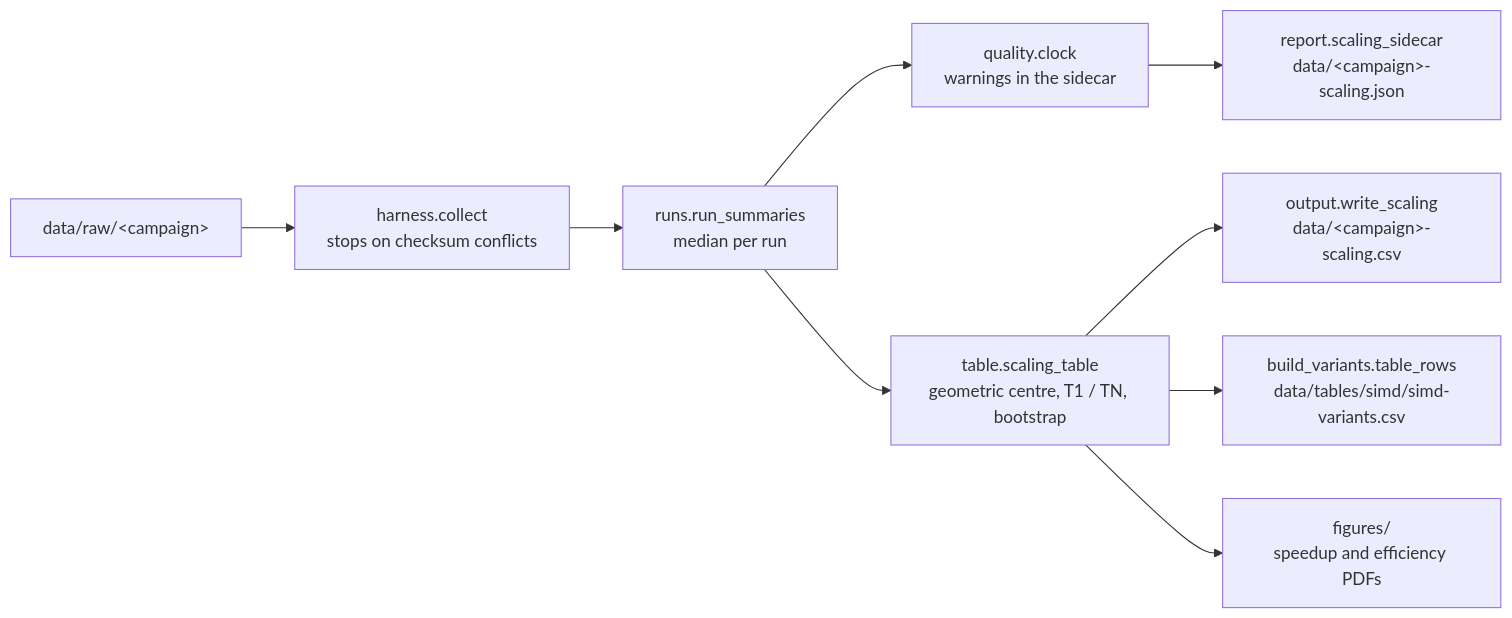
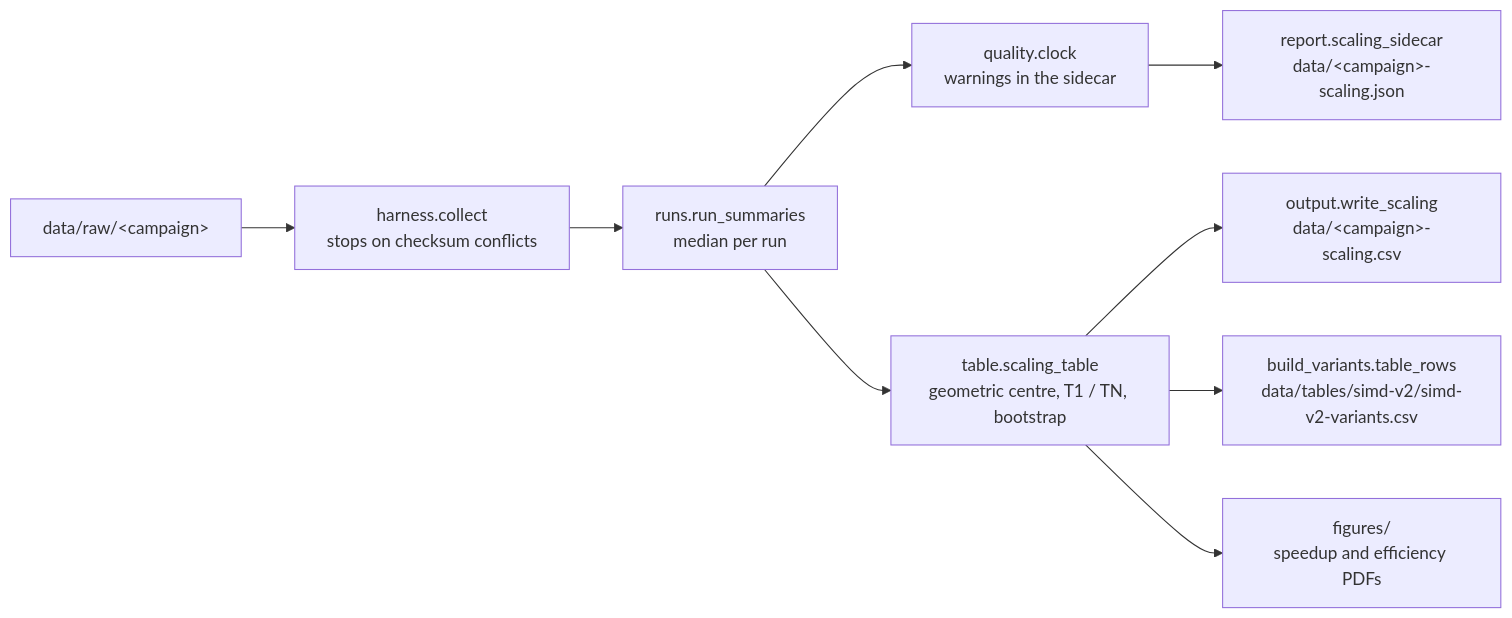
One commit to DavidCCoimbra/Scalability-of-Parallel-Code-in-WebAssembly-in-the-Browser-vs-Native changed the diagram in analysis/scaling/README.md. Above: the diagram before and after it, drawn with Mermaid. The commit also changed 29 other files, not shown here.

````diff
--- a/analysis/scaling/README.md
+++ b/analysis/scaling/README.md
@@ -47,11 +47,11 @@
 ```mermaid
 flowchart LR
     raw["data/raw/&lt;campaign&gt;"] --> collect["harness.collect<br/>stops on checksum conflicts"]
     collect --> runs["runs.run_summaries<br/>median per run"]
     runs --> clock["quality.clock<br/>warnings in the sidecar"]
     runs --> table["table.scaling_table<br/>geometric centre, T1 / TN, bootstrap"]
     table --> csv["output.write_scaling<br/>data/&lt;campaign&gt;-scaling.csv"]
     clock --> json["report.scaling_sidecar<br/>data/&lt;campaign&gt;-scaling.json"]
-    table --> variants["build_variants.table_rows<br/>data/tables/simd/simd-variants.csv"]
+    table --> variants["build_variants.table_rows<br/>data/tables/simd-v2/simd-v2-variants.csv"]
     table --> figures["figures/<br/>speedup and efficiency PDFs"]
 ```
````
